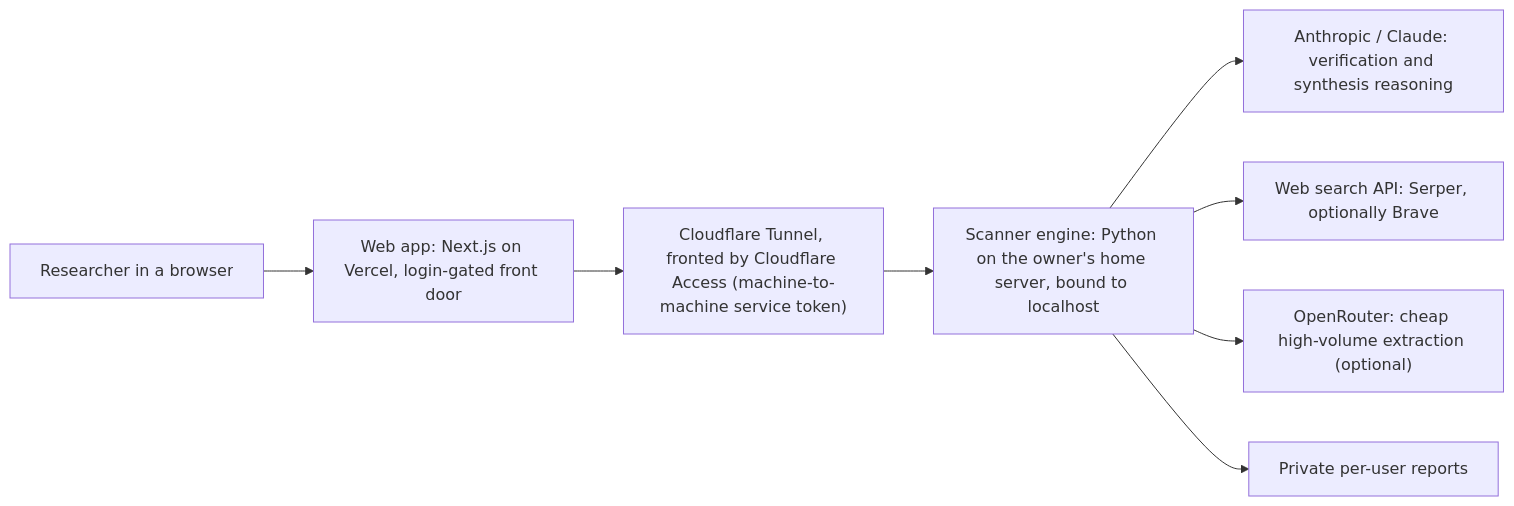
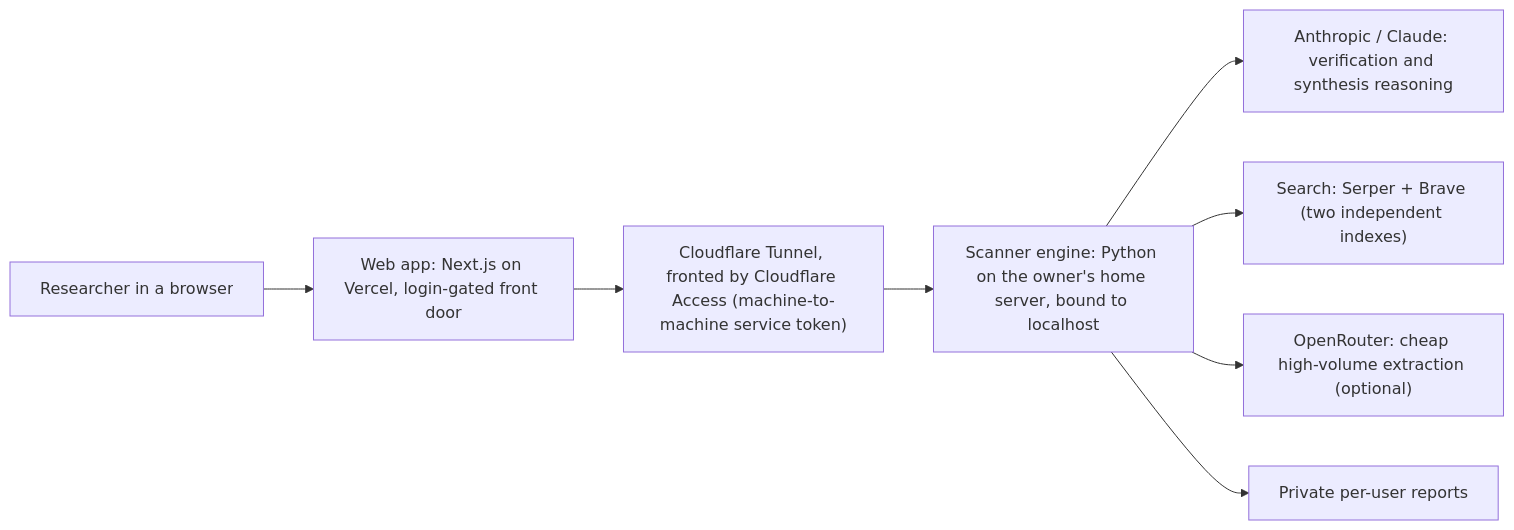
Before and after one commit to trgallagher-research/landscape-scanner: the second of 2 diagrams in docs/how-it-works.md, drawn with Mermaid. The commit also changed other lines of this file, not shown here.

First line of the commit message:
docs(how-it-works): clarify both search indexes run (Serper + Brave)

````diff
--- a/docs/how-it-works.md
+++ b/docs/how-it-works.md
@@ -67,10 +67,10 @@
 ```mermaid
 flowchart LR
     U["Researcher in a browser"] --> W["Web app: Next.js on Vercel, login-gated front door"]
     W --> CF["Cloudflare Tunnel, fronted by Cloudflare Access (machine-to-machine service token)"]
     CF --> ENG["Scanner engine: Python on the owner's home server, bound to localhost"]
     ENG --> AN["Anthropic / Claude: verification and synthesis reasoning"]
-    ENG --> SE["Web search API: Serper, optionally Brave"]
+    ENG --> SE["Search: Serper + Brave (two independent indexes)"]
     ENG --> OR["OpenRouter: cheap high-volume extraction (optional)"]
     ENG --> RP["Private per-user reports"]
 ```
````
